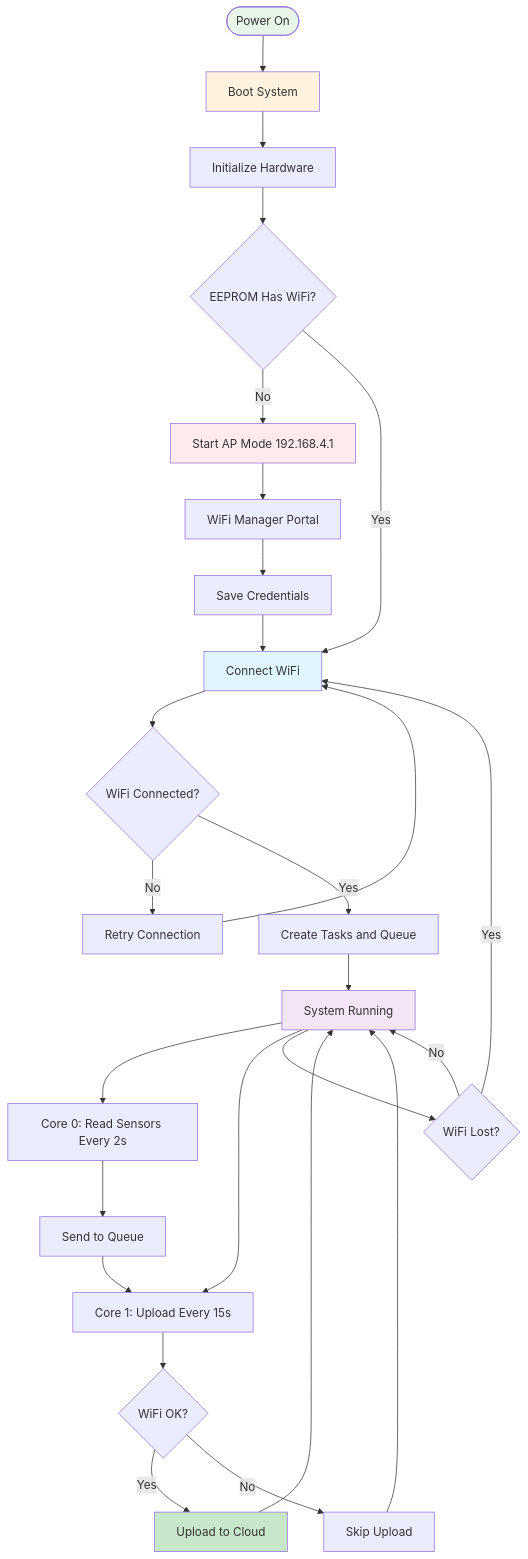
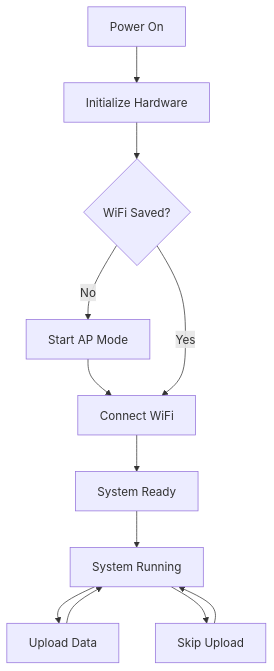
Before and after one commit to ficrammanifur/ESP32-RTOS-Environmental-Monitor: the tenth of 25 diagrams in README.md, drawn with Mermaid. The commit also changed other lines of this file, not shown here.

````diff
--- a/README.md
+++ b/README.md
@@ -491,44 +460,25 @@
 ```mermaid
 flowchart TD
-    START([Power On]) --> BOOT[Boot System]
-    BOOT --> INIT[Initialize Hardware]
-    INIT --> CHECK{EEPROM Has WiFi?}
-    
-    CHECK -->|No| AP[Start AP Mode 192.168.4.1]
-    CHECK -->|Yes| WIFI[Connect WiFi]
-    
-    AP --> PORTAL[WiFi Manager Portal]
-    PORTAL --> SAVE[Save Credentials]
-    SAVE --> WIFI
-    
-    WIFI --> READY{WiFi Connected?}
-    READY -->|No| RETRY[Retry Connection]
-    RETRY --> WIFI
-    READY -->|Yes| TASK[Create Tasks and Queue]
-    
-    TASK --> RUN[System Running]
-    
-    RUN --> CORE0[Core 0: Read Sensors Every 2s]
-    RUN --> CORE1[Core 1: Upload Every 15s]
-    
-    CORE0 --> QUEUE[Send to Queue]
-    QUEUE --> CORE1
-    
-    CORE1 --> CHECK2{WiFi OK?}
-    CHECK2 -->|Yes| UPLOAD[Upload to Cloud]
-    CHECK2 -->|No| SKIP[Skip Upload]
-    
+    POWER["Power On"]
+    INIT["Initialize Hardware"]
+    WIFI_CFG{WiFi Saved?}
+    AP["Start AP Mode"]
+    WIFI["Connect WiFi"]
+    READY["System Ready"]
+    RUN["System Running"]
+    UPLOAD["Upload Data"]
+    SKIP["Skip Upload"]
+
+    POWER --> INIT
+    INIT --> WIFI_CFG
+    WIFI_CFG -->|No| AP
+    AP --> WIFI
+    WIFI_CFG -->|Yes| WIFI
+    WIFI --> READY
+    READY --> RUN
+
+    RUN --> UPLOAD
+    RUN --> SKIP
     UPLOAD --> RUN
     SKIP --> RUN
-    
-    RUN --> ERR{WiFi Lost?}
-    ERR -->|Yes| WIFI
-    ERR -->|No| RUN
-    
-    style START fill:#e8f5e9
-    style BOOT fill:#fff3e0
-    style AP fill:#ffebee
-    style WIFI fill:#e1f5fe
-    style RUN fill:#f3e5f5
-    style UPLOAD fill:#c8e6c9
 ```
````
